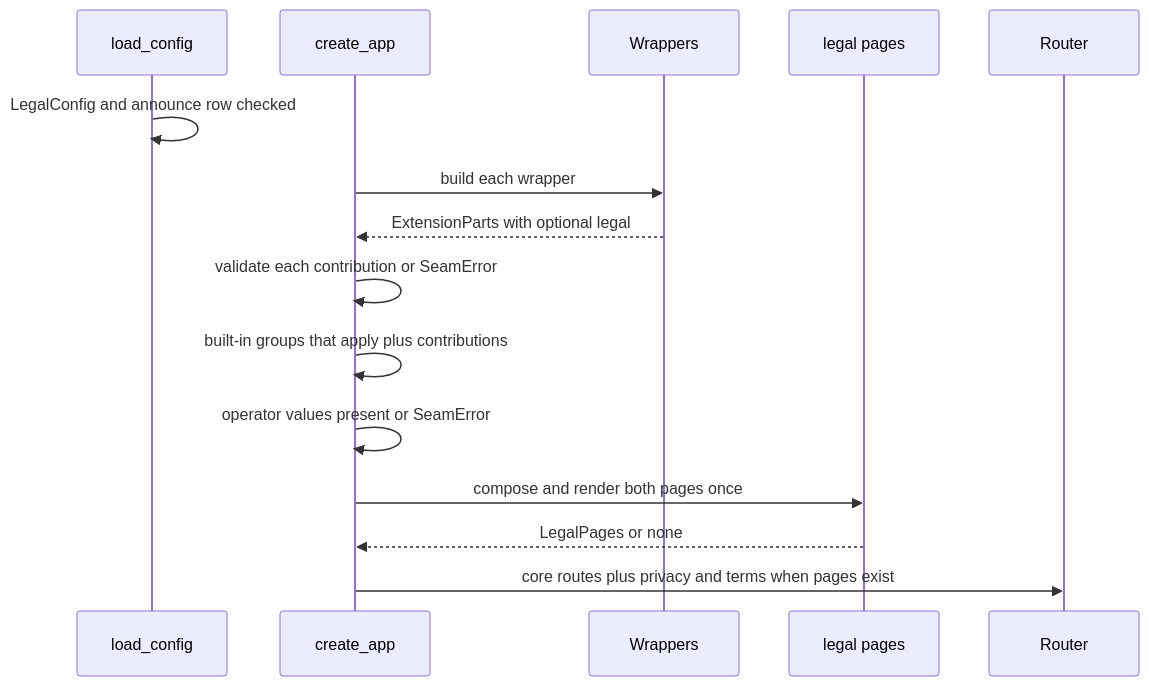
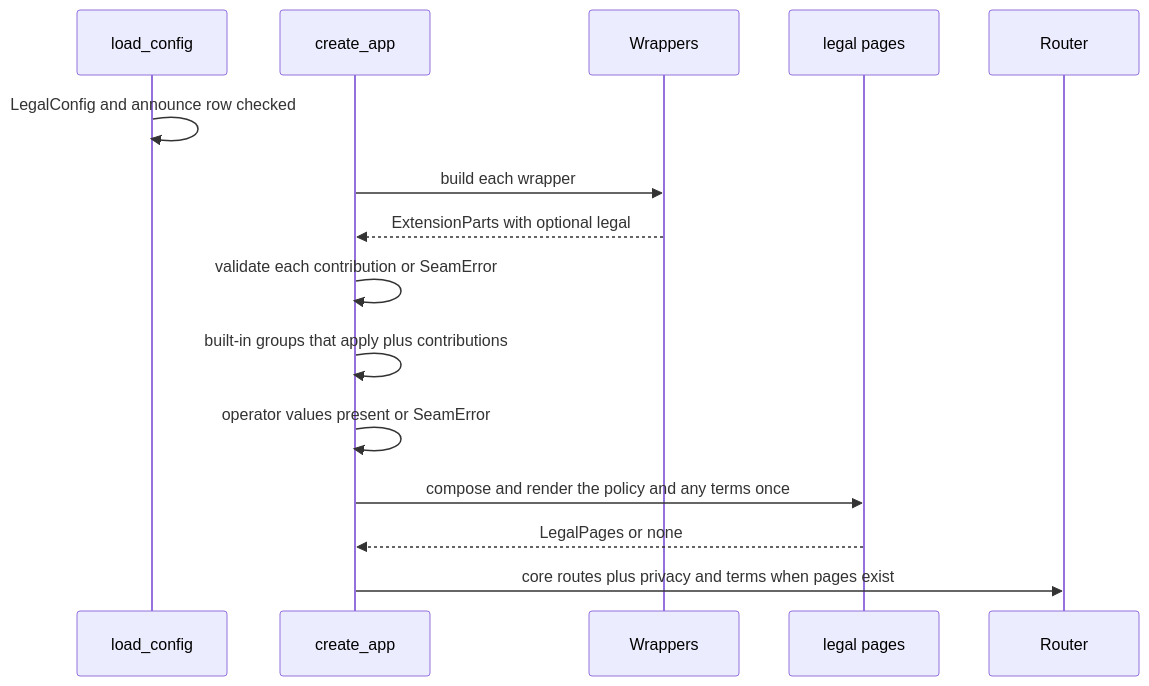
The second of 2 diagrams in .kiro/specs/relay-legal-pages/design.md (joshua-stauffer/fitdocs), drawn with Mermaid before and after one commit. The commit also changed other lines of this file and 4 other files, not shown here.

Commit message:
spec(relay-legal-pages): slim public version (maintainer) -- no terms text or operator commitments shipped; /terms only from deployment contributions; breach and rights sections leave the fixed policy; 51 criteria

````diff
--- a/.kiro/specs/relay-legal-pages/design.md
+++ b/.kiro/specs/relay-legal-pages/design.md
@@ -266,17 +272,17 @@
 ```mermaid
 sequenceDiagram
     participant Cfg as load_config
     participant App as create_app
     participant W as Wrappers
     participant L as legal pages
     participant R as Router
     Cfg->>Cfg: LegalConfig and announce row checked
     App->>W: build each wrapper
     W-->>App: ExtensionParts with optional legal
     App->>App: validate each contribution or SeamError
     App->>App: built-in groups that apply plus contributions
     App->>App: operator values present or SeamError
-    App->>L: compose and render both pages once
+    App->>L: compose and render the policy and any terms once
     L-->>App: LegalPages or none
     App->>R: core routes plus privacy and terms when pages exist
 ```
````
